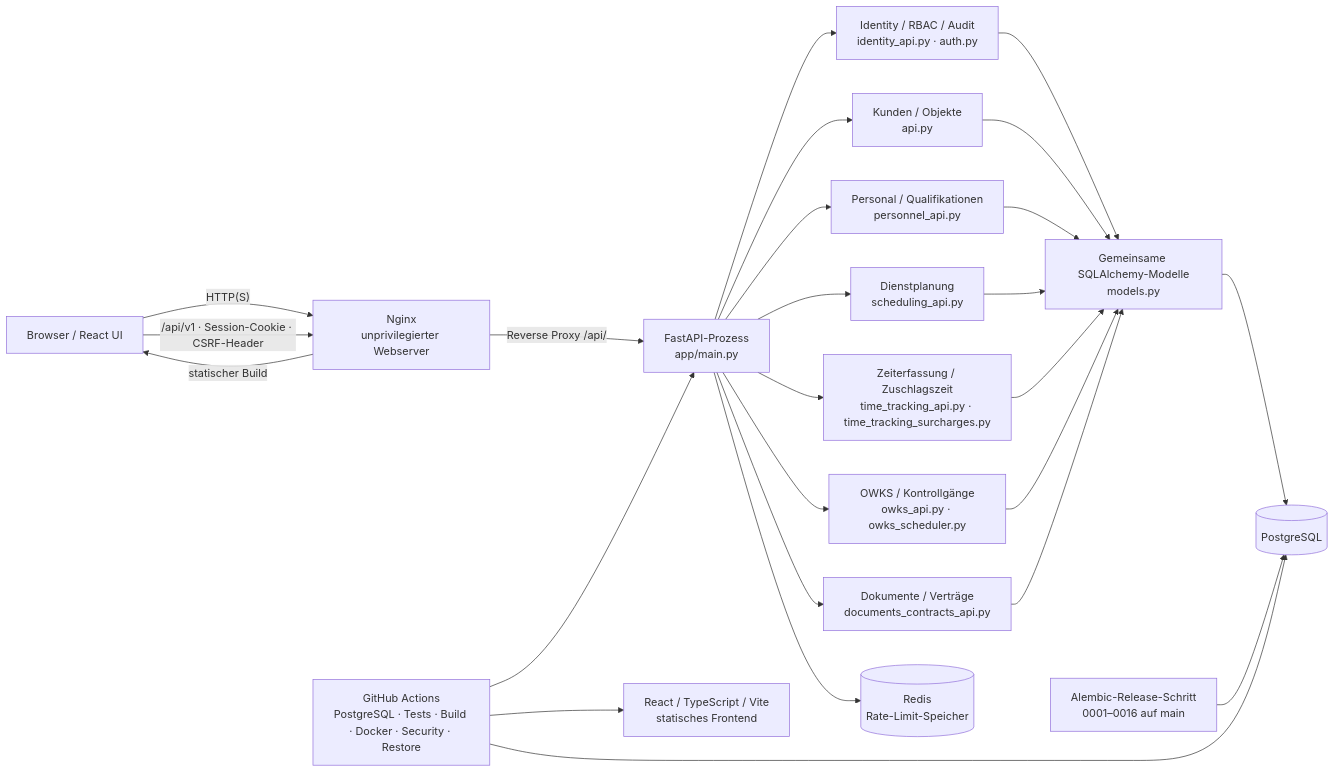
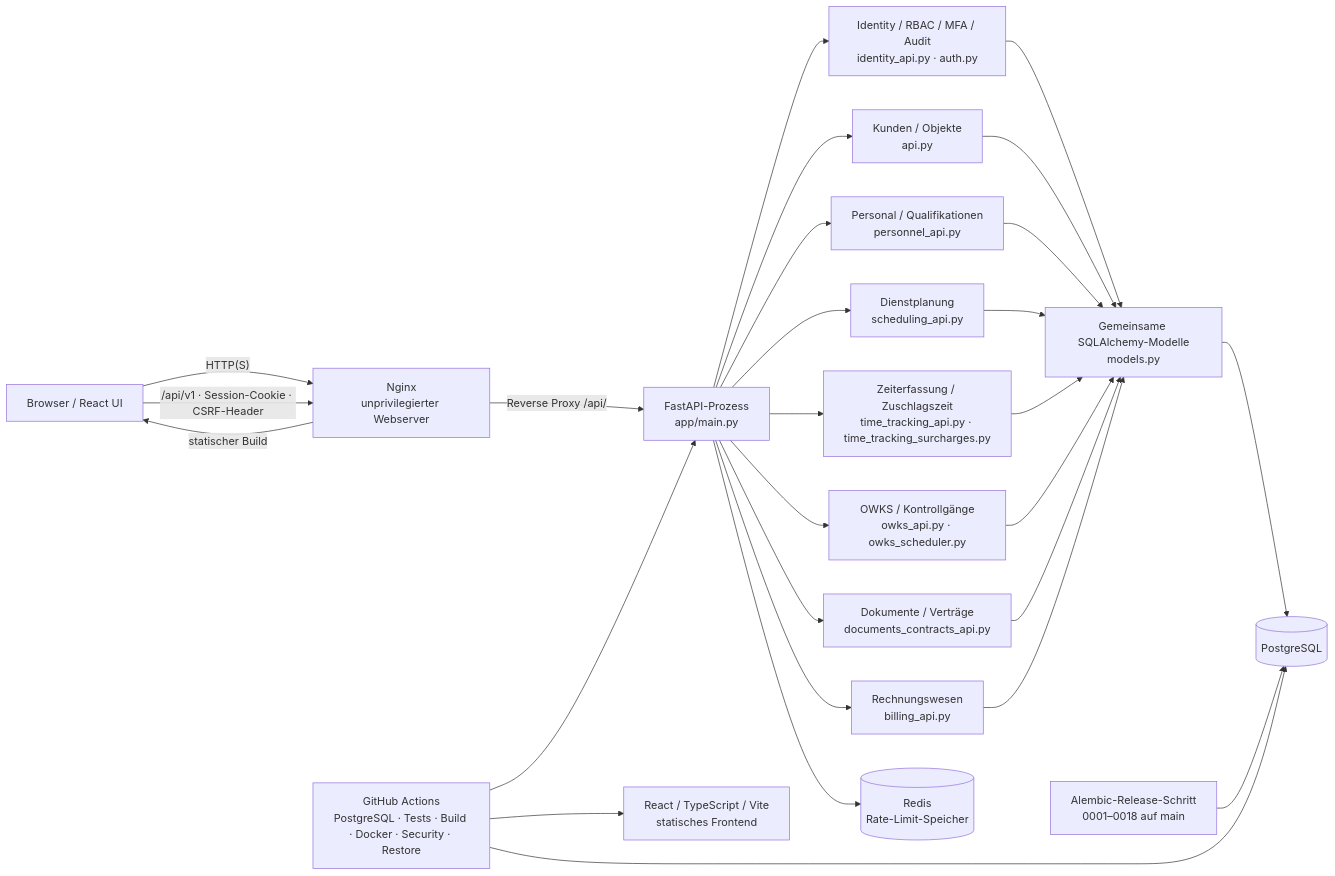
Before and after one commit to Debugger-alex/securityops-python: the diagram in docs/ARCHITECTURE.md, drawn with Mermaid. The commit also changed other lines of this file and 11 other files, not shown here.

Commit message:
docs: sync billing and MFA main state

````diff
--- a/docs/ARCHITECTURE.md
+++ b/docs/ARCHITECTURE.md
@@ -7,43 +7,46 @@
 ```mermaid
 flowchart LR
     Browser["Browser / React UI"]
     UI["React / TypeScript / Vite<br/>statisches Frontend"]
     Web["Nginx<br/>unprivilegierter Webserver"]
     API["FastAPI-Prozess<br/>app/main.py"]
-    Identity["Identity / RBAC / Audit<br/>identity_api.py · auth.py"]
+    Identity["Identity / RBAC / MFA / Audit<br/>identity_api.py · auth.py"]
     Customer["Kunden / Objekte<br/>api.py"]
     People["Personal / Qualifikationen<br/>personnel_api.py"]
     Scheduling["Dienstplanung<br/>scheduling_api.py"]
     Time["Zeiterfassung / Zuschlagszeit<br/>time_tracking_api.py · time_tracking_surcharges.py"]
     OWKS["OWKS / Kontrollgänge<br/>owks_api.py · owks_scheduler.py"]
     Docs["Dokumente / Verträge<br/>documents_contracts_api.py"]
+    Billing["Rechnungswesen<br/>billing_api.py"]
     Models["Gemeinsame SQLAlchemy-Modelle<br/>models.py"]
     DB[("PostgreSQL")]
     Redis[("Redis<br/>Rate-Limit-Speicher")]
-    Migrations["Alembic-Release-Schritt<br/>0001–0016 auf main"]
+    Migrations["Alembic-Release-Schritt<br/>0001–0018 auf main"]
     CI["GitHub Actions<br/>PostgreSQL · Tests · Build · Docker · Security · Restore"]
     Browser -->|"HTTP(S)"| Web
     Web -->|"statischer Build"| Browser
     Browser -->|"/api/v1 · Session-Cookie · CSRF-Header"| Web
     Web -->|"Reverse Proxy /api/"| API
     API --> Identity
     API --> Customer
     API --> People
     API --> Scheduling
     API --> Time
     API --> OWKS
     API --> Docs
+    API --> Billing
     Identity --> Models
     Customer --> Models
     People --> Models
     Scheduling --> Models
     Time --> Models
     OWKS --> Models
     Docs --> Models
+    Billing --> Models
     Models --> DB
     API --> Redis
     Migrations --> DB
     CI --> API
     CI --> UI
     CI --> DB
 ```
````
